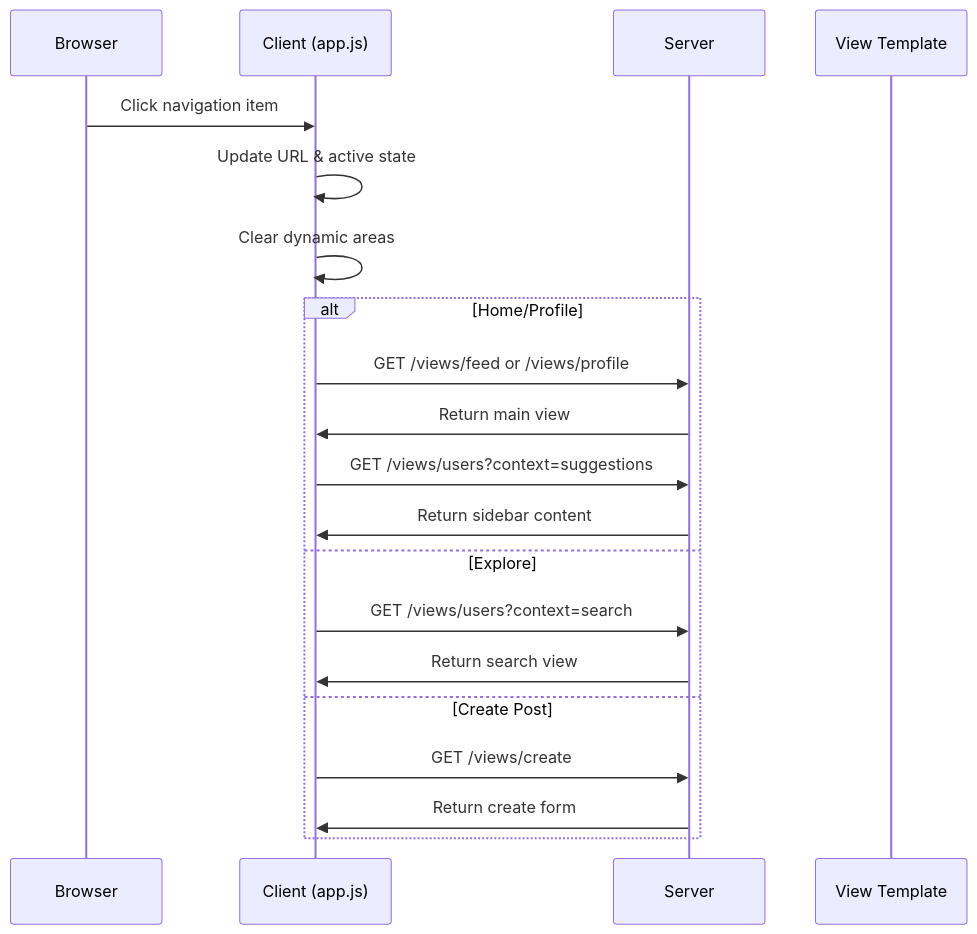
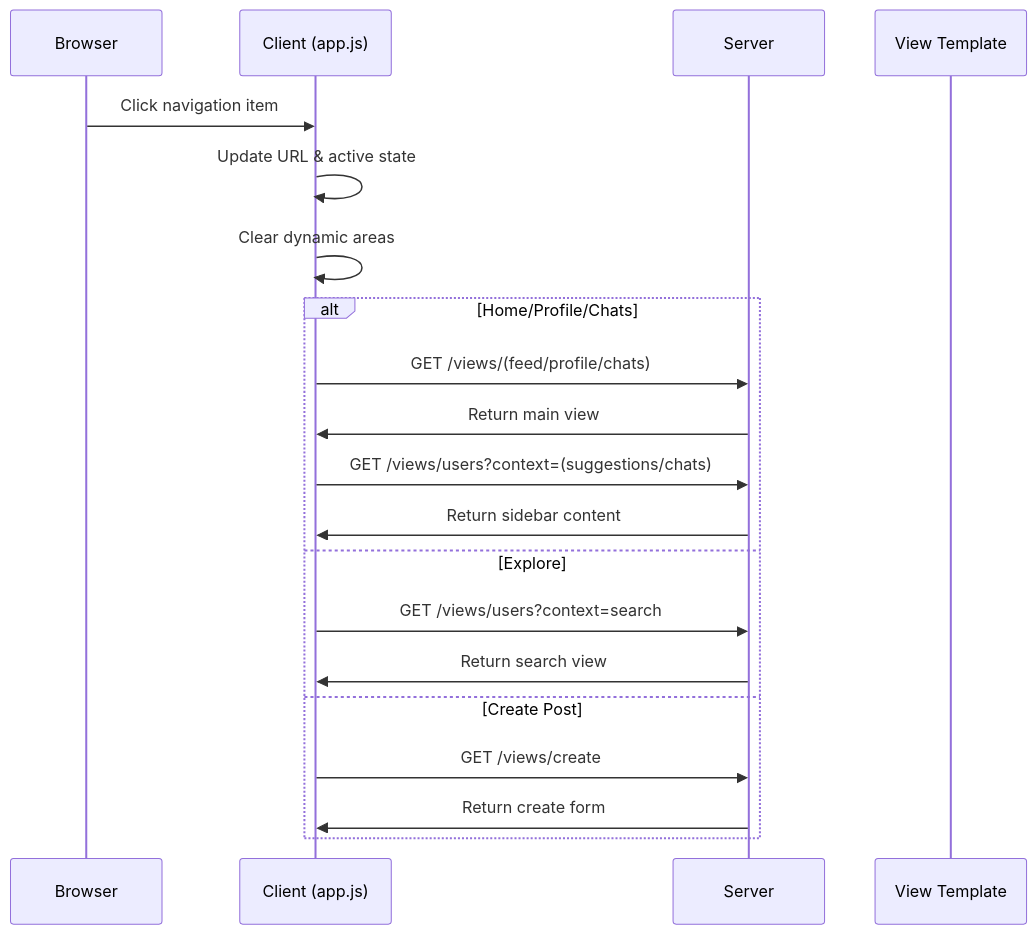
One commit to uripont/cheeper changed the second of 3 diagrams in docs/views.md. Above: the diagram before and after it, drawn with Mermaid. The commit also changed other lines of this file and 5 other files, not shown here.

````diff
--- a/docs/views.md
+++ b/docs/views.md
@@ -79,24 +93,24 @@
 ```mermaid
 sequenceDiagram
     participant B as Browser
     participant C as Client (app.js)
     participant S as Server
     participant V as View Template
     
     B->>C: Click navigation item
     C->>C: Update URL & active state
     C->>C: Clear dynamic areas
     
-    alt Home/Profile
-        C->>S: GET /views/feed or /views/profile
+    alt Home/Profile/Chats
+        C->>S: GET /views/(feed/profile/chats)
         S->>C: Return main view
-        C->>S: GET /views/users?context=suggestions
+        C->>S: GET /views/users?context=(suggestions/chats)
         S->>C: Return sidebar content
     else Explore
         C->>S: GET /views/users?context=search
         S->>C: Return search view
     else Create Post
         C->>S: GET /views/create
         S->>C: Return create form
     end
 ```
````
